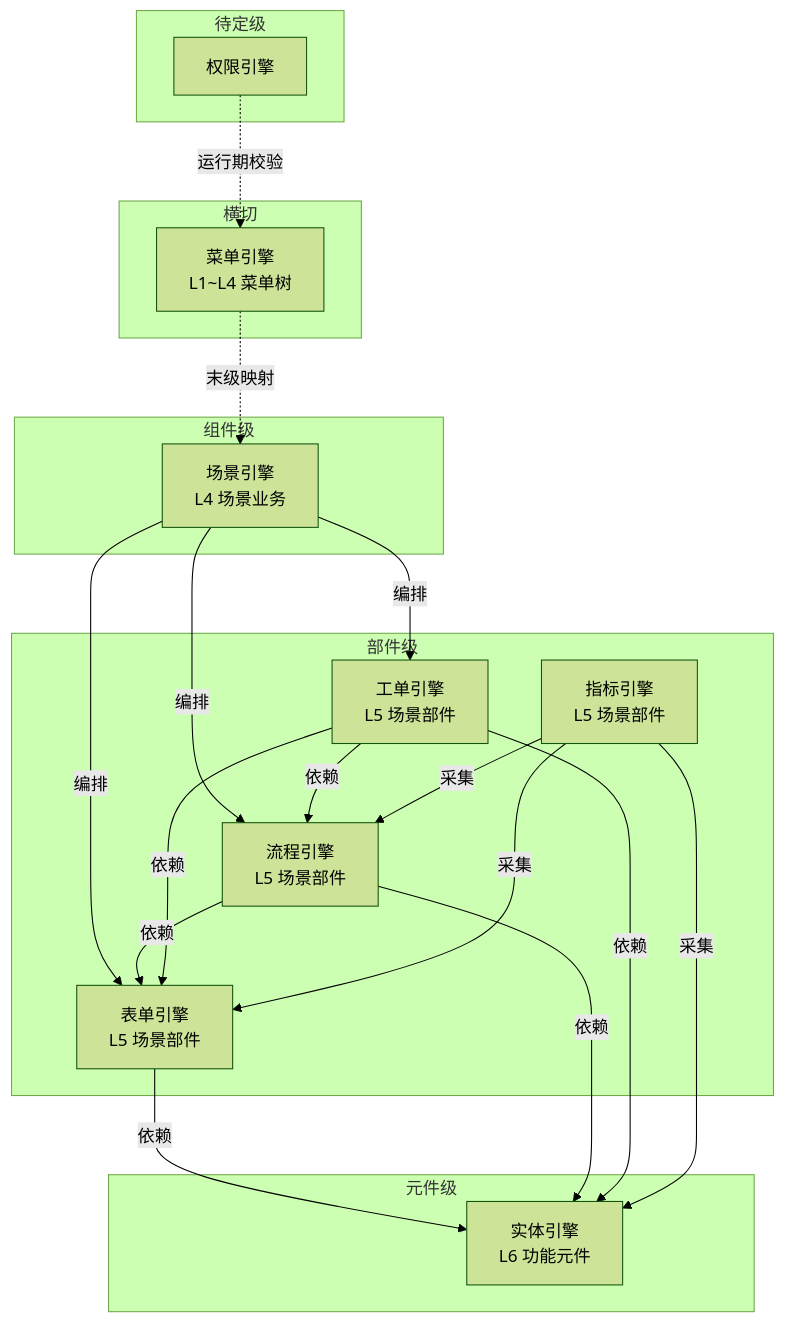
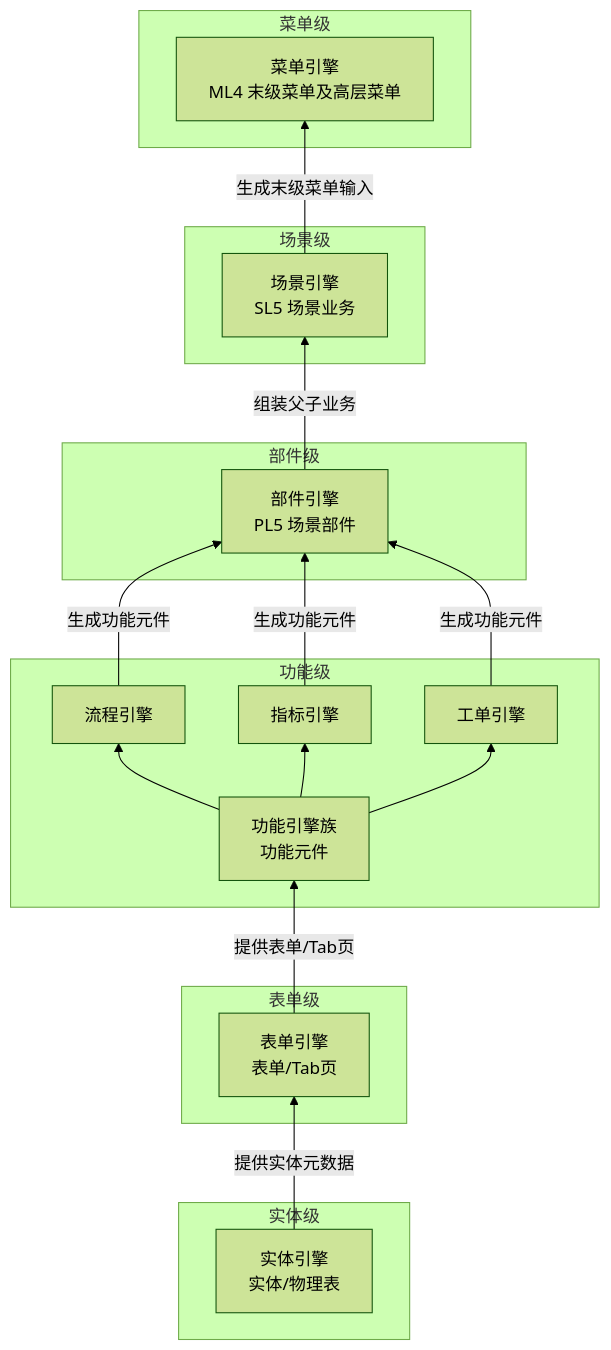
The diagram in 20-pl4eos/80-pl4eos-2-eosdata/25-eos-engine-models.md (Yongjunzhou/AOS-system-design), drawn with Mermaid (forest theme) before and after one commit. The commit also changed other lines of this file, not shown here.

````diff
--- a/20-pl4eos/80-pl4eos-2-eosdata/25-eos-engine-models.md
+++ b/20-pl4eos/80-pl4eos-2-eosdata/25-eos-engine-models.md
@@ -35,36 +42,34 @@
 ```mermaid
-graph TD
-  subgraph 组件级
-    SCENE[场景引擎<br/>L4 场景业务]
+graph BT
+  subgraph 实体级
+    ENTITY[实体引擎<br/>实体/物理表]
   end
-  subgraph 横切
-    MENU[菜单引擎<br/>L1~L4 菜单树]
+  subgraph 表单级
+    FORM[表单引擎<br/>表单/Tab页]
+  end
+  subgraph 功能级
+    FUNC[功能引擎族<br/>功能元件]
+    FLOW[流程引擎]
+    IND[指标引擎]
+    WO[工单引擎]
   end
   subgraph 部件级
-    FORM[表单引擎<br/>L5 场景部件]
-    FLOW[流程引擎<br/>L5 场景部件]
-    IND[指标引擎<br/>L5 场景部件]
-    WO[工单引擎<br/>L5 场景部件]
+    COMP[部件引擎<br/>PL5 场景部件]
   end
-  subgraph 元件级
-    ENTITY[实体引擎<br/>L6 功能元件]
+  subgraph 场景级
+    SCENE[场景引擎<br/>SL5 场景业务]
   end
-  subgraph 待定级
-    PERM[权限引擎]
+  subgraph 菜单级
+    MENU[菜单引擎<br/>ML4 末级菜单及高层菜单]
   end
-
-  SCENE -->|编排| FORM
-  SCENE -->|编排| FLOW
-  SCENE -->|编排| WO
-  MENU -.->|末级映射| SCENE
-  FORM -->|依赖| ENTITY
-  FLOW -->|依赖| FORM
-  FLOW -->|依赖| ENTITY
-  WO -->|依赖| FORM
-  WO -->|依赖| FLOW
-  WO -->|依赖| ENTITY
-  IND -->|采集| FORM
-  IND -->|采集| FLOW
-  IND -->|采集| ENTITY
-  PERM -.->|运行期校验| MENU
+  ENTITY -->|提供实体元数据| FORM
+  FORM -->|提供表单/Tab页| FUNC
+  FUNC --> FLOW
+  FUNC --> IND
+  FUNC --> WO
+  FLOW -->|生成功能元件| COMP
+  IND -->|生成功能元件| COMP
+  WO -->|生成功能元件| COMP
+  COMP -->|组装父子业务| SCENE
+  SCENE -->|生成末级菜单输入| MENU
 ```
````
